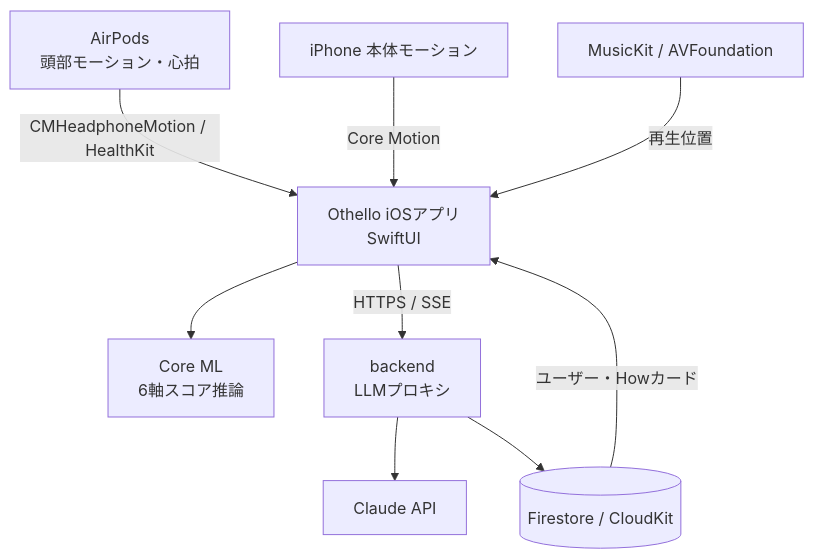
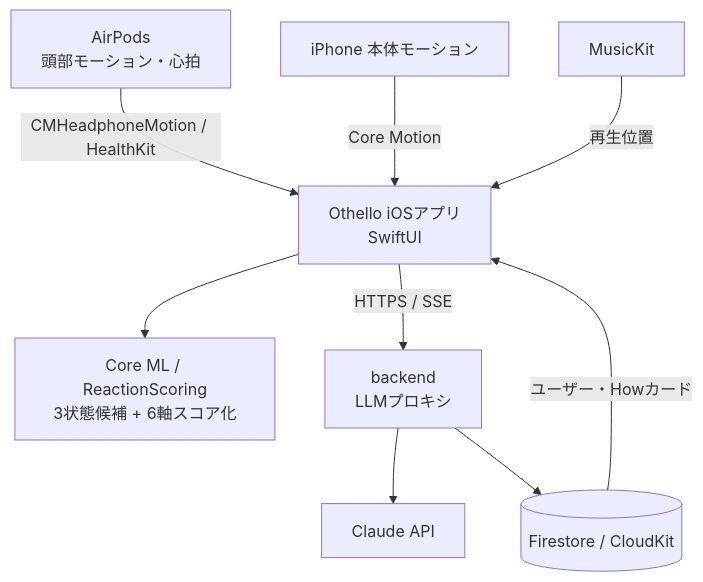
One commit to engineer-guild-hackathon-2026-05/team-10 changed the first of 5 diagrams in docs/functional-design.md. Above: the diagram before and after it, drawn with Mermaid. The commit also changed other lines of this file and 212 other files, not shown here.

````diff
--- a/docs/functional-design.md
+++ b/docs/functional-design.md
@@ -7,20 +7,20 @@
 ```mermaid
 graph TB
     AirPods[AirPods<br/>頭部モーション・心拍]
     iPhone[iPhone 本体モーション]
     App[Othello iOSアプリ<br/>SwiftUI]
-    CoreML[Core ML<br/>6軸スコア推論]
+    CoreML[Core ML / ReactionScoring<br/>3状態候補 + 6軸スコア化]
     BE[backend<br/>LLMプロキシ]
     LLM[Claude API]
     DB[(Firestore / CloudKit)]
-    Music[MusicKit / AVFoundation]
+    Music[MusicKit]
 
     AirPods -->|CMHeadphoneMotion / HealthKit| App
     iPhone -->|Core Motion| App
     Music -->|再生位置| App
     App --> CoreML
     App -->|HTTPS / SSE| BE
     BE --> LLM
     BE --> DB
     DB -->|ユーザー・Howカード| App
 ```
````
